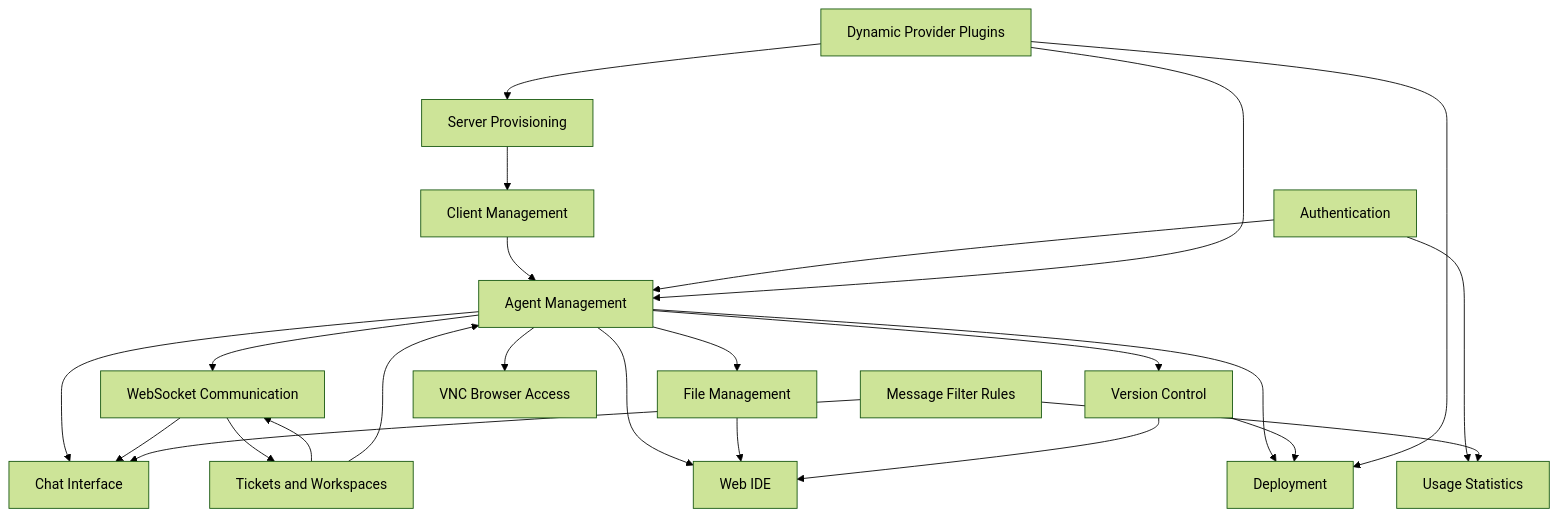
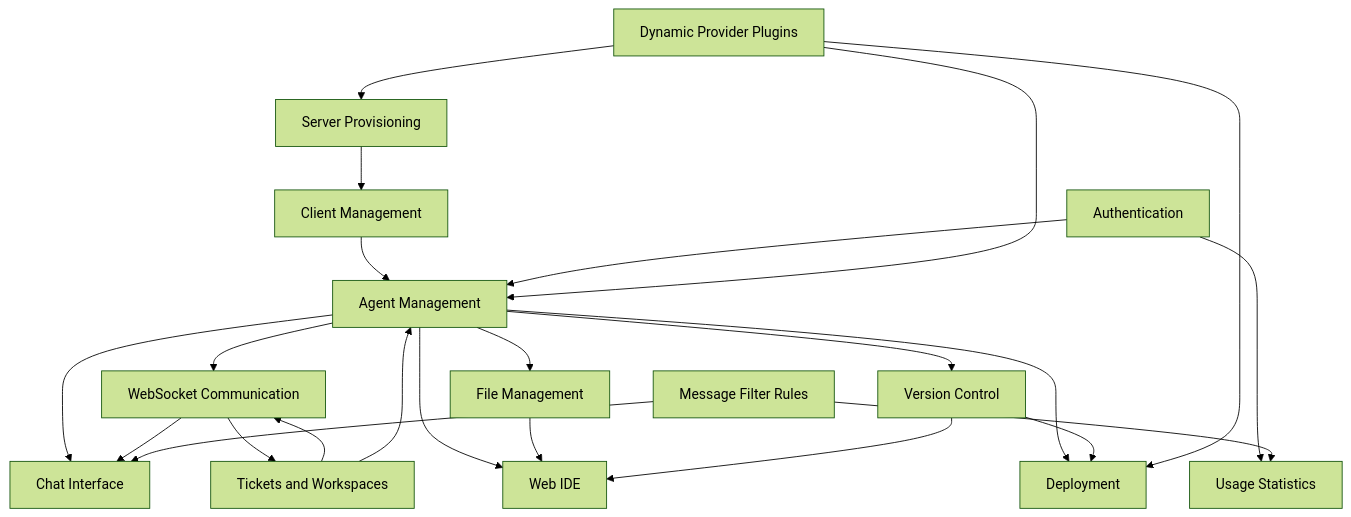
Before and after one commit to forepath/one: the diagram in docs/agenstra/features/README.md, drawn with Mermaid (forest theme). The commit also changed other lines of this file and 47 other files, not shown here.

````diff
--- a/docs/agenstra/features/README.md
+++ b/docs/agenstra/features/README.md
@@ -250,42 +236,40 @@
 ```mermaid
 graph TB
     CM[Client Management]
     AM[Agent Management]
     SP[Server Provisioning]
     WS[WebSocket Communication]
     FM[File Management]
     VC[Version Control]
     IDE[Web IDE]
     Chat[Chat Interface]
-    VNC[VNC Browser Access]
     DEP[Deployment]
     AUTH[Authentication]
     TK[Tickets and Workspaces]
     ST[Usage Statistics]
     FR[Message Filter Rules]
     DP[Dynamic Provider Plugins]
 
     SP --> CM
     CM --> AM
     AM --> WS
     AM --> FM
     AM --> VC
     AM --> IDE
     AM --> Chat
-    AM --> VNC
     AM --> DEP
     WS --> Chat
     WS --> TK
     FM --> IDE
     VC --> IDE
     VC --> DEP
     AUTH --> AM
     AUTH --> ST
     TK --> WS
     FR --> Chat
     FR --> ST
     TK --> AM
     DP --> SP
     DP --> AM
     DP --> DEP
 ```
````
